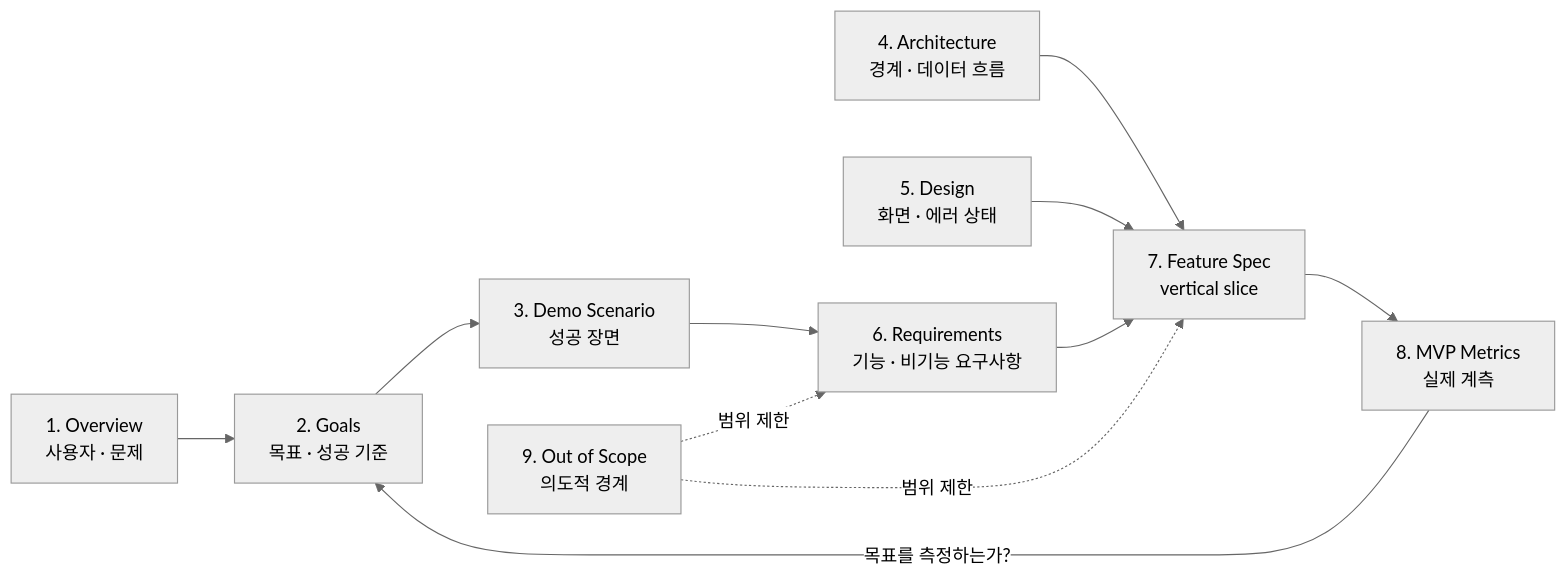
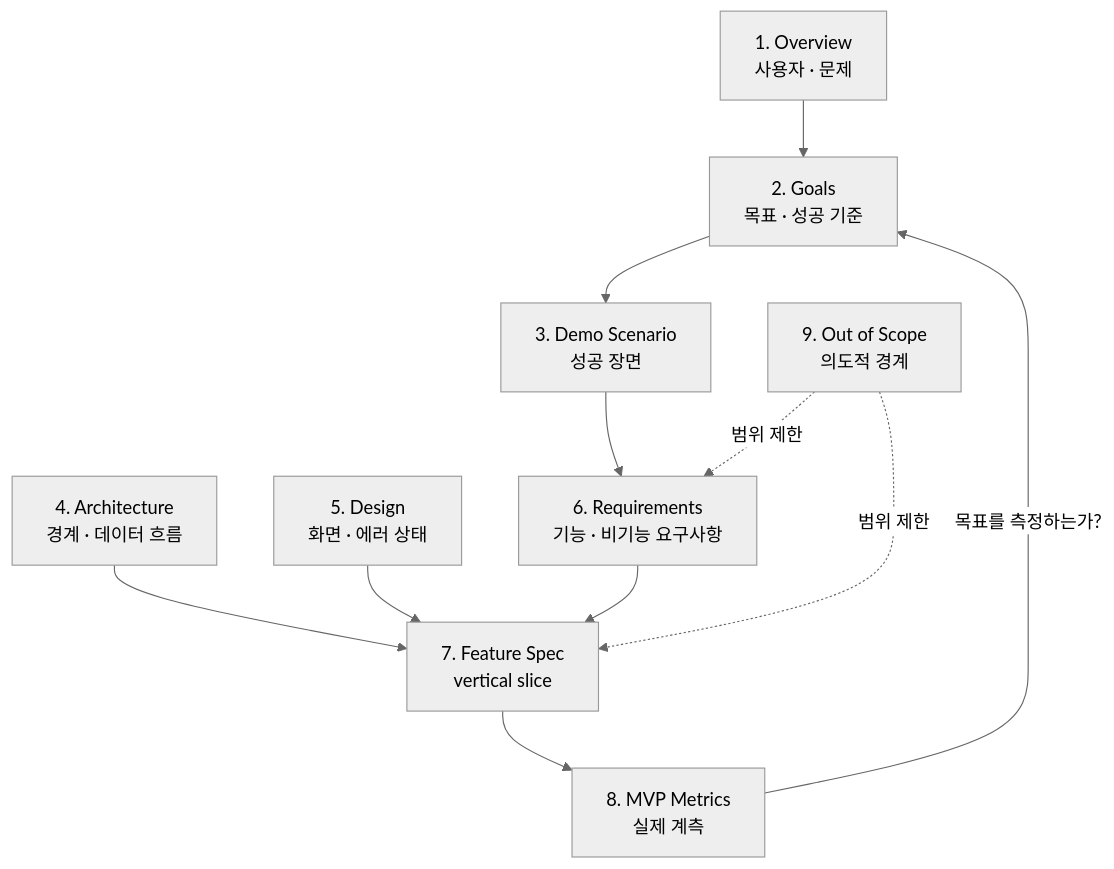
The third of 11 diagrams in _posts/2026-07-25-alps-adr-abstraction-boundaries.md (haandol/haandol.github.com), drawn with Mermaid (neutral theme) before and after one commit. The commit also changed other lines of this file and 2 other files, not shown here.

Commit message:
fix: reshape the diagrams that were still rendering shrunk
앞선 커밋에서 다이어그램 폭을 54rem까지 열었지만, 자연 폭이 그보다 큰 것들은 여전히
축소됐다. 전체 41개를 렌더해서 재보니 5개가 918px을 넘었고, 최악은 라벨이 9.6px였다.

폭을 더 키우는 대신 다이어그램 쪽을 고쳤다. 68rem까지 열어야 다 담기는데, 그건 본문에
비해 너무 넓다.

가로로 긴 것은 세로로 돌렸다. 넷 다 실제로 순차적 흐름이라 방향을 바꿔도 의미가 같다.
- PRD가 어긋나는 과정 (1044px → 624px)
- ALPS 9개 섹션의 검증 흐름 (1093px → 807px)
- 하네스 6단계 파이프라인 (1116px → 232px)
- 30분 누적 비교 (1332px → 482px, 안쪽만 TB로 돌려 두 트랙은 나란히 유지)

마지막 것은 subgraph 안쪽 direction만 바꿨다. 바깥까지 세로로 돌리면 두 트랙이 위아래로
쌓여서 "하네스 있음 vs 없음" 대조가 사라진다.

노드 텍스트가 길어서 넓어진 하나는 줄을 나눴다 (1063px → 716px).

결과: 918px을 넘는 다이어그램이 5개 → 2개, 남은 둘은 97~99%(라벨 13.6px)라 사실상
원본 크기다. 이걸 더 줄이려고 본문을 고칠 값어치는 없다고 봤다.

````diff
--- a/_posts/2026-07-25-alps-adr-abstraction-boundaries.md
+++ b/_posts/2026-07-25-alps-adr-abstraction-boundaries.md
@@ -262,13 +262,13 @@
 ```mermaid
-flowchart LR
+flowchart TD
     O["1. Overview<br/>사용자 · 문제"] --> G["2. Goals<br/>목표 · 성공 기준"]
     G --> S["3. Demo Scenario<br/>성공 장면"]
     S --> R["6. Requirements<br/>기능 · 비기능 요구사항"]
     A["4. Architecture<br/>경계 · 데이터 흐름"] --> F["7. Feature Spec<br/>vertical slice"]
     D["5. Design<br/>화면 · 에러 상태"] --> F
     R --> F
     F --> M["8. MVP Metrics<br/>실제 계측"]
     M -->|"목표를 측정하는가?"| G
     X["9. Out of Scope<br/>의도적 경계"] -.->|"범위 제한"| R
     X -.->|"범위 제한"| F
 ```
````
